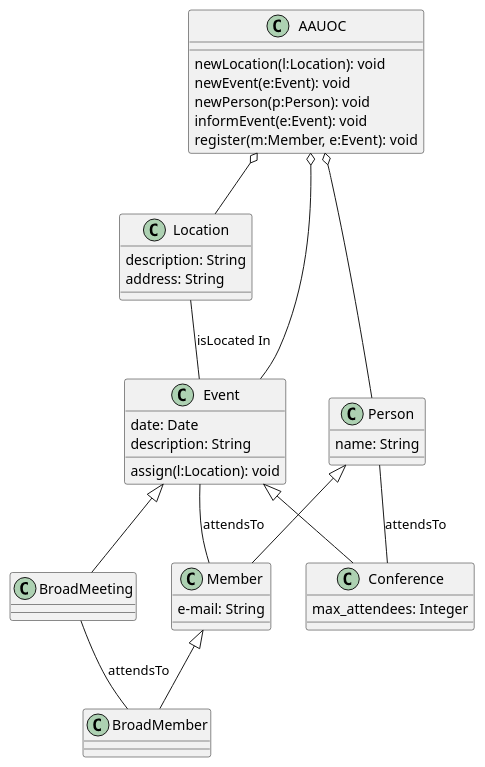
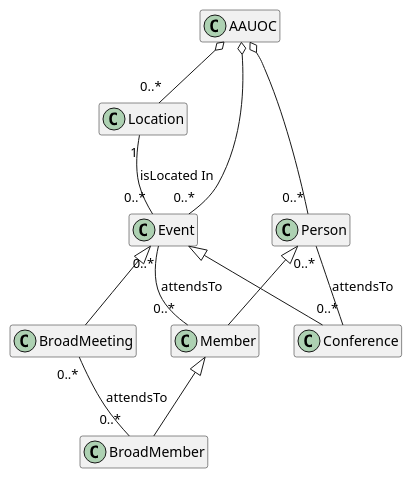
One commit to sandrasd89/UMLClasesSandra changed the diagram in P11_Diagrama_UML.puml. Above: the diagram before and after it, drawn with PlantUML.

Commit message:
se han añadido las cardinalidades

```diff
--- a/P11_Diagrama_UML.puml
+++ b/P11_Diagrama_UML.puml
@@ -1,56 +1,57 @@
 @startuml
 
 class AAUOC {
     newLocation(l:Location): void
     newEvent(e:Event): void
     newPerson(p:Person): void
     informEvent(e:Event): void
     register(m:Member, e:Event): void
 
 }
 class Location {
     description: String
     address: String
 
 }
 class Event{
     date: Date
     description: String
     assign(l:Location): void
 
 }
 class Conference {
     max_attendees: Integer
 
 }
 class BroadMeeting{
 }
 
 class Person {
     name: String
 
 }
 class Member{
     e-mail: String
 
 }
 
 class BroadMember {
 
 }
 
-AAUOC o-- Event
-AAUOC o-- Location
-AAUOC o-- Person
-Location -- Event : isLocated In
+hide members
+AAUOC o-- "0..*" Event
+AAUOC o--  "0..*" Location
+AAUOC o-- "0..*" Person
+Location "1" -- "0..*" Event : isLocated In
 Event <|-- Conference
 Event <|-- BroadMeeting
 Person <|-- Member
 Member <|-- BroadMember
-Event -- Member : attendsTo
-Person -- Conference : attendsTo
-BroadMeeting -- BroadMember : attendsTo
+Event "0..*"-- "0..*" Member : attendsTo
+Person "0..*" -- "0..*" Conference : attendsTo
+BroadMeeting "0..*" -- "0..*" BroadMember : attendsTo
 
 
 
 @enduml
```
